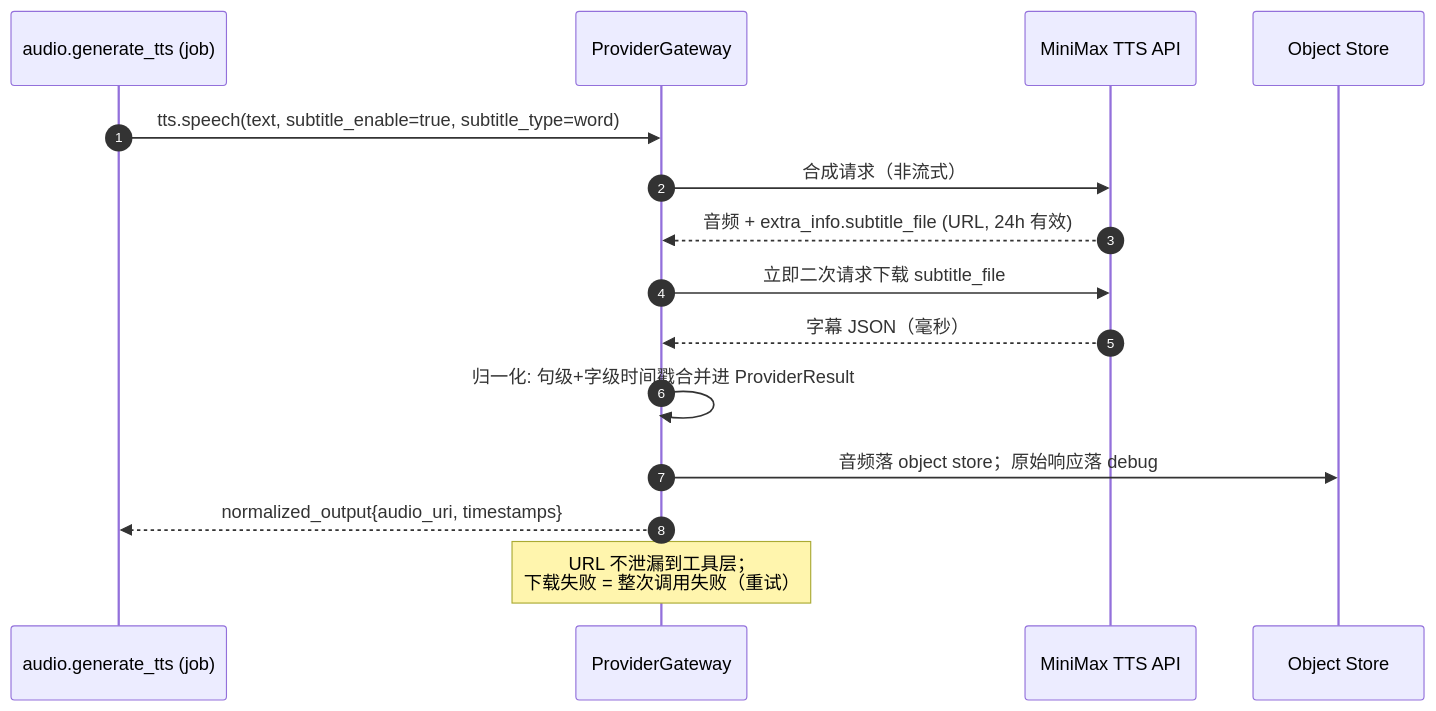
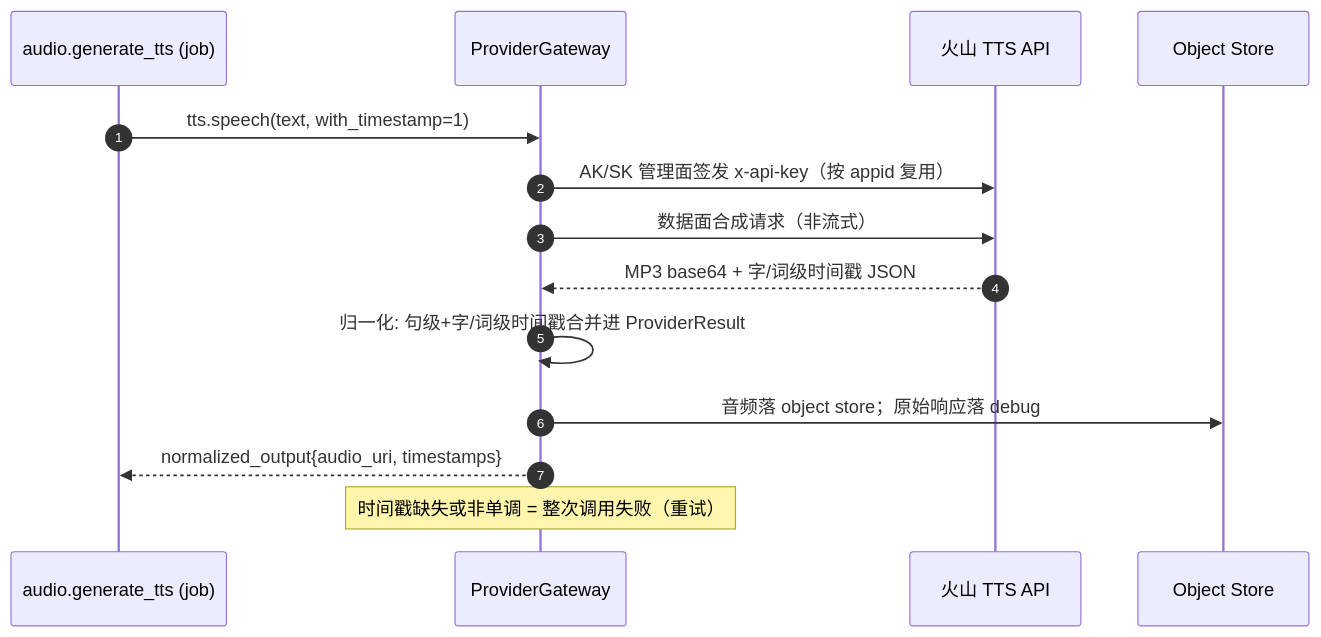
Before and after one commit to nanzhi84/Rushes: diagram 17 of 23 in chat_first_editing_agent_prd_v1_2.md, drawn with Mermaid. The commit also changed other lines of this file and 7 other files, not shown here.

First line of the commit message:
feat(poc): volcano TTS timestamp chain verified via ASR fallback; drop MiniMax (#11)

````diff
--- a/chat_first_editing_agent_prd_v1_2.md
+++ b/chat_first_editing_agent_prd_v1_2.md
@@ -1523,18 +1524,17 @@
 ```mermaid
 sequenceDiagram
   autonumber
   participant T as audio.generate_tts (job)
   participant GW as ProviderGateway
-  participant MM as MiniMax TTS API
+  participant VC as 火山 TTS API
   participant OS as Object Store
 
-  T->>GW: tts.speech(text, subtitle_enable=true, subtitle_type=word)
-  GW->>MM: 合成请求（非流式）
-  MM-->>GW: 音频 + extra_info.subtitle_file (URL, 24h 有效)
-  GW->>MM: 立即二次请求下载 subtitle_file
-  MM-->>GW: 字幕 JSON（毫秒）
-  GW->>GW: 归一化: 句级+字级时间戳合并进 ProviderResult
+  T->>GW: tts.speech(text, with_timestamp=1)
+  GW->>VC: AK/SK 管理面签发 x-api-key（按 appid 复用）
+  GW->>VC: 数据面合成请求（非流式）
+  VC-->>GW: MP3 base64 + 字/词级时间戳 JSON
+  GW->>GW: 归一化: 句级+字/词级时间戳合并进 ProviderResult
   GW->>OS: 音频落 object store；原始响应落 debug
   GW-->>T: normalized_output{audio_uri, timestamps}
-  Note over GW: URL 不泄漏到工具层；<br/>下载失败 = 整次调用失败（重试）
+  Note over GW: 时间戳缺失或非单调 = 整次调用失败（重试）
 ```
````
